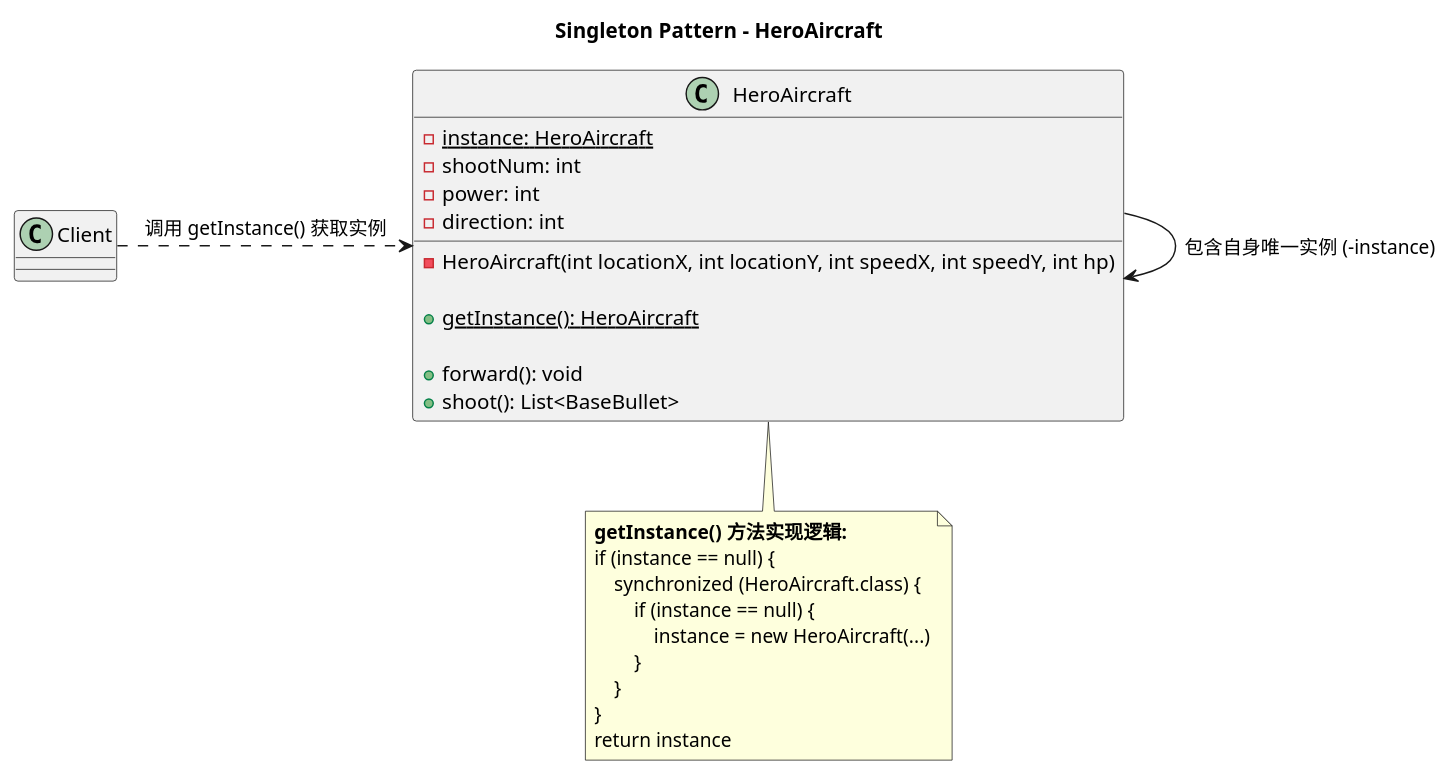
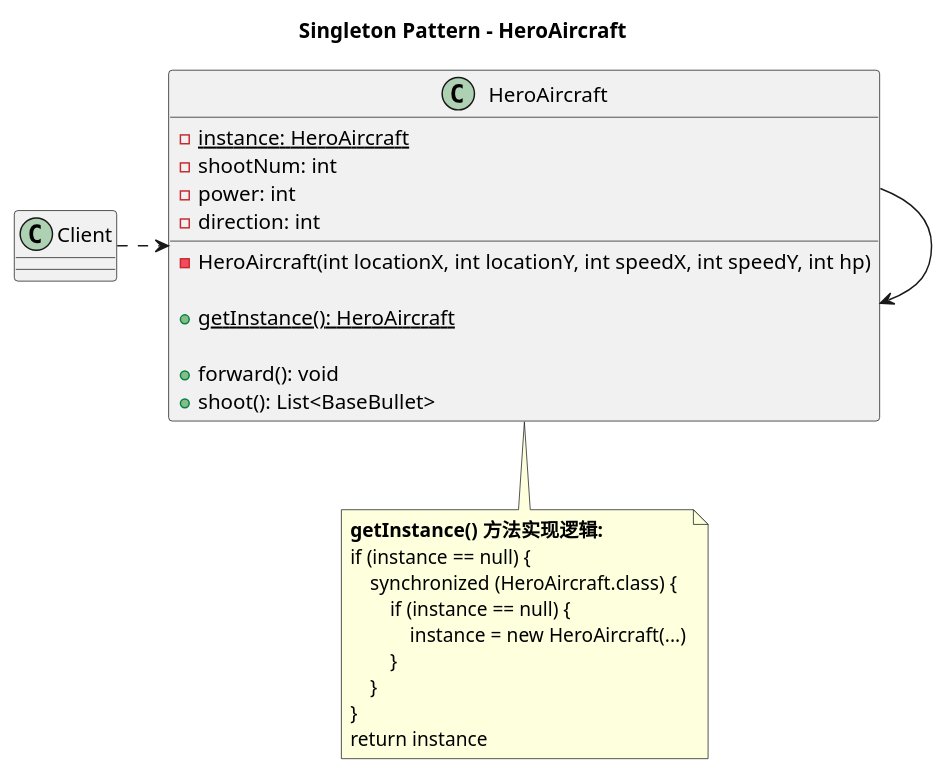
Before and after one commit to Kerenza-311652/Aircraft-Battle-Java: the diagram in uml/HeroSingleton.puml, drawn with PlantUML. The commit also changed 40 other files, not shown here.

```diff
--- a/uml/HeroSingleton.puml
+++ b/uml/HeroSingleton.puml
@@ -1,36 +1,36 @@
 @startuml
 title Singleton Pattern - HeroAircraft
 'https://plantuml.com/class-diagram
 
 class Client {
 }
 
 class HeroAircraft {
     - {static} instance: HeroAircraft
     - shootNum: int
     - power: int
     - direction: int
 
     - HeroAircraft(int locationX, int locationY, int speedX, int speedY, int hp)
 
     + {static} getInstance(): HeroAircraft
 
     + forward(): void
     + shoot(): List<BaseBullet>
 }
 
-Client .right.> HeroAircraft : 调用 getInstance() 获取实例
-HeroAircraft --> HeroAircraft : 包含自身唯一实例 (-instance)
+Client .right.> HeroAircraft
+HeroAircraft --> HeroAircraft
 
 note bottom of HeroAircraft
   **getInstance() 方法实现逻辑:**
   if (instance == null) {
       synchronized (HeroAircraft.class) {
           if (instance == null) {
               instance = new HeroAircraft(...)
           }
       }
   }
   return instance
 end note
 @enduml
```
